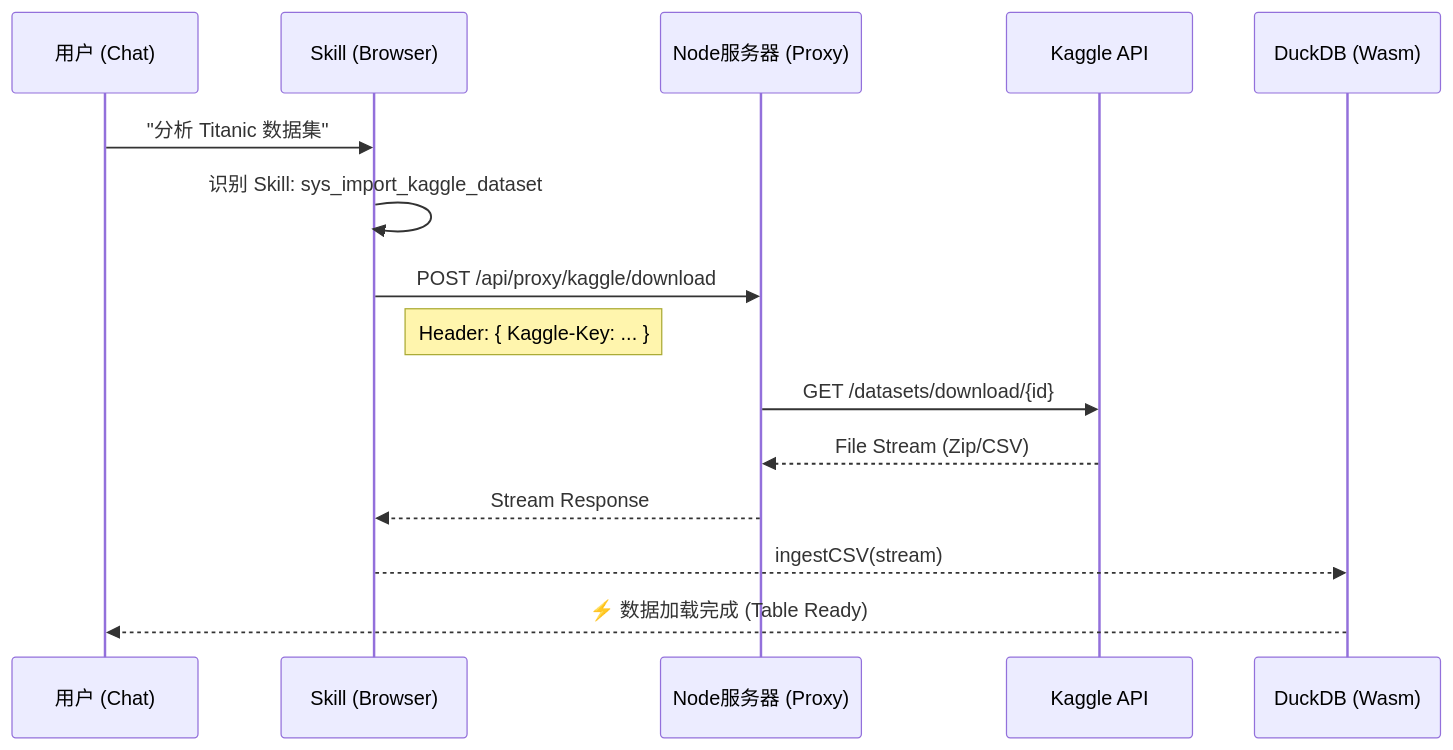
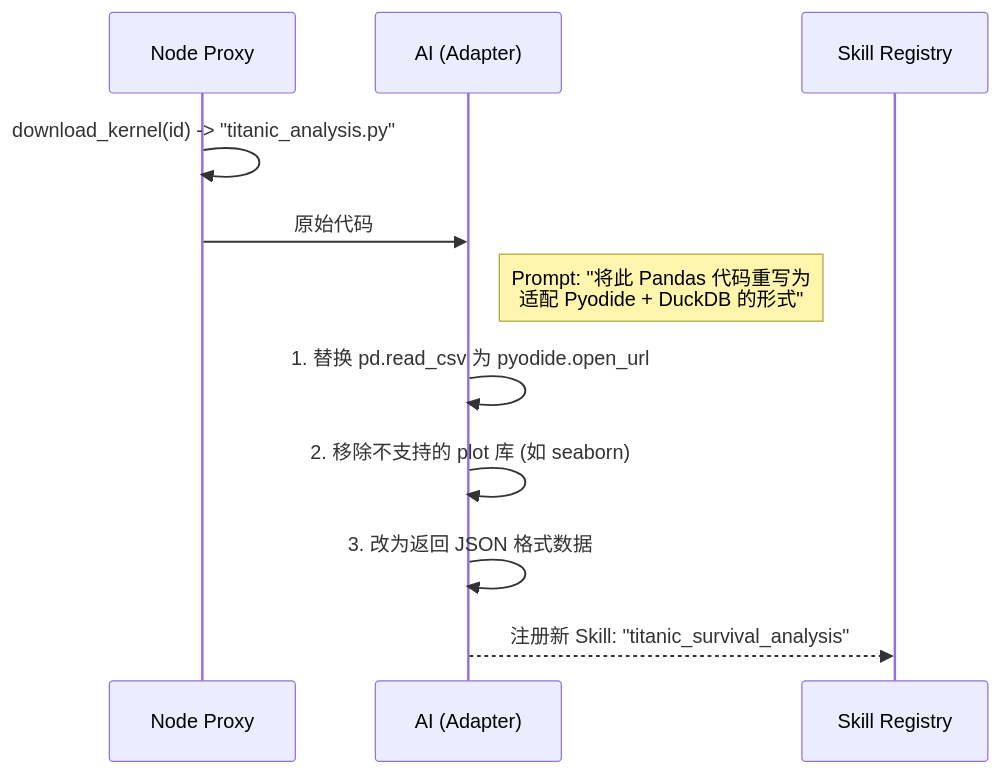
The second of 2 diagrams in docs/04-技术专题/50-技术专题-Kaggle数据源接入方案.md (XinyuWang98/LiuliX), drawn with Mermaid before and after one commit. The commit also changed other lines of this file and 14 other files, not shown here.

````diff
--- a/docs/04-技术专题/50-技术专题-Kaggle数据源接入方案.md
+++ b/docs/04-技术专题/50-技术专题-Kaggle数据源接入方案.md
@@ -24,18 +95,14 @@
 ```mermaid
 sequenceDiagram
-    participant User as 用户 (Chat)
-    participant Skill as Skill (Browser)
-    participant Proxy as Node服务器 (Proxy)
-    participant Kaggle as Kaggle API
-    participant DuckDB as DuckDB (Wasm)
-
-    User->>Skill: "分析 Titanic 数据集"
-    Skill->>Skill: 识别 Skill: sys_import_kaggle_dataset
-    Skill->>Proxy: POST /api/proxy/kaggle/download
-    Note right of Skill: Header: { Kaggle-Key: ... }
-    Proxy->>Kaggle: GET /datasets/download/{id}
-    Kaggle-->>Proxy: File Stream (Zip/CSV)
-    Proxy-->>Skill: Stream Response
-    Skill-->>DuckDB: ingestCSV(stream)
-    DuckDB-->>User: ⚡ 数据加载完成 (Table Ready)
+    participant Proxy as Node Proxy
+    participant AI as AI (Adapter)
+    participant Registry as Skill Registry
+    
+    Proxy->>Proxy: download_kernel(id) -> "titanic_analysis.py"
+    Proxy->>AI: 原始代码
+    Note right of AI: Prompt: "将此 Pandas 代码重写为<br/>适配 Pyodide + DuckDB 的形式"
+    AI->>AI: 1. 替换 pd.read_csv 为 pyodide.open_url
+    AI->>AI: 2. 移除不支持的 plot 库 (如 seaborn)
+    AI->>AI: 3. 改为返回 JSON 格式数据
+    AI-->>Registry: 注册新 Skill: "titanic_survival_analysis"
 ```
````
